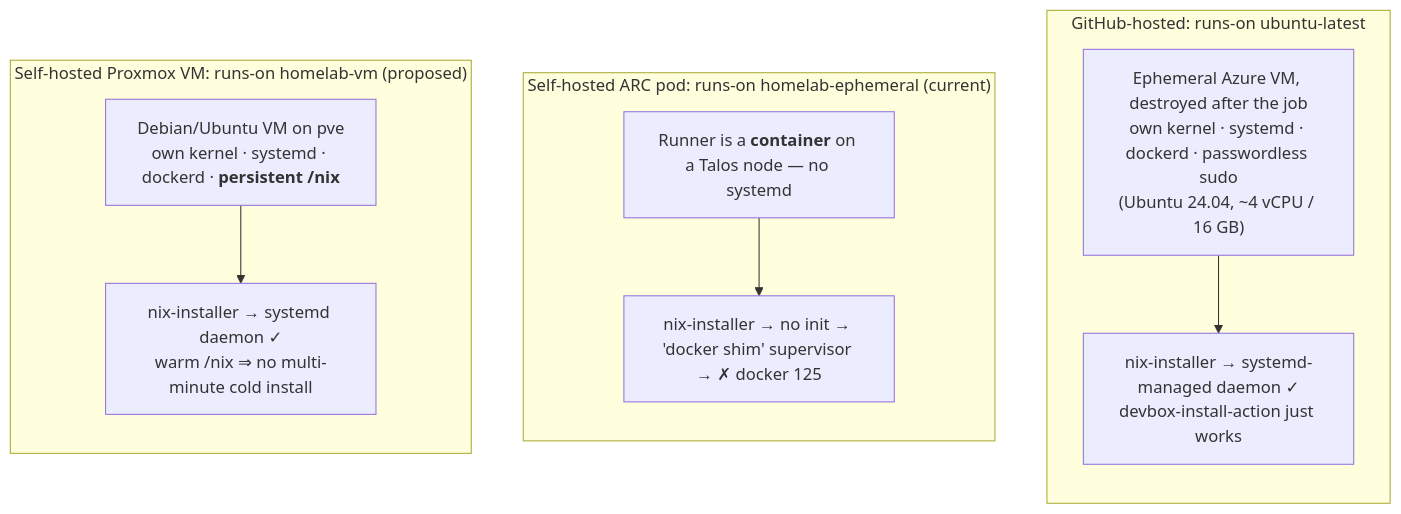
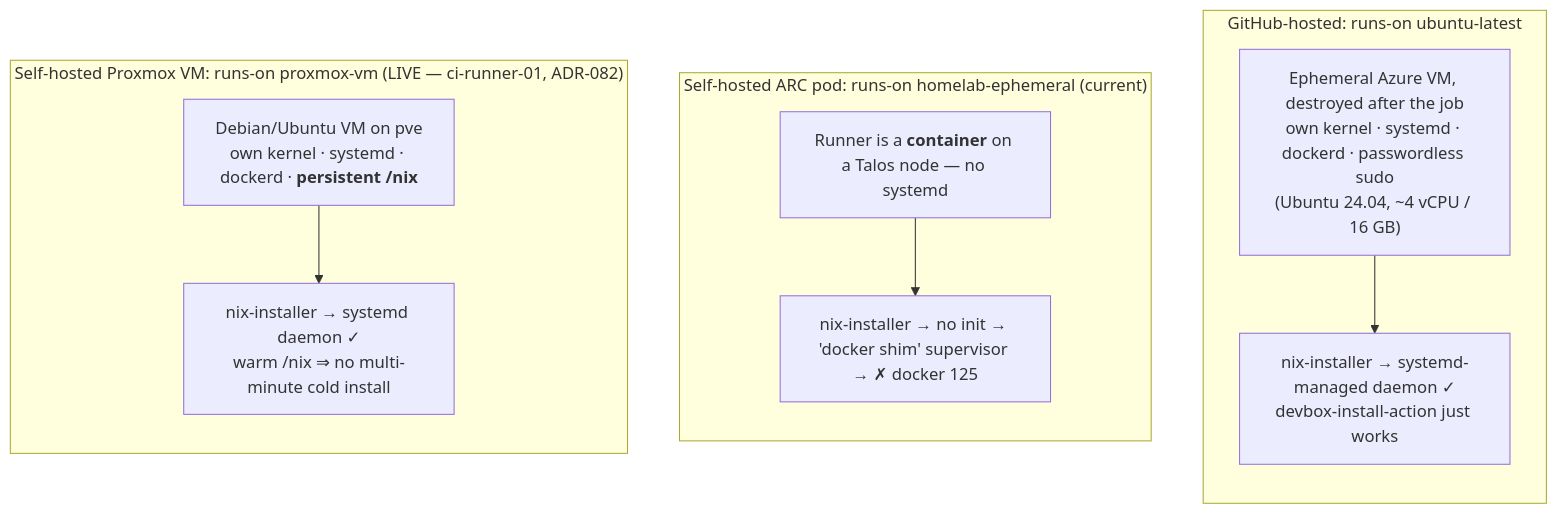
One commit to teststuffstash/homelab changed the first of 2 diagrams in docs/ci.md. Above: the diagram before and after it, drawn with Mermaid. The commit also changed other lines of this file and 38 other files, not shown here.

````diff
--- a/docs/ci.md
+++ b/docs/ci.md
@@ -104,18 +104,18 @@
 ```mermaid
 flowchart TB
   subgraph hosted["GitHub-hosted: runs-on ubuntu-latest"]
     direction TB
     h["Ephemeral Azure VM, destroyed after the job<br/>own kernel · systemd · dockerd · passwordless sudo<br/>(Ubuntu 24.04, ~4 vCPU / 16 GB)"]
     h --> hn["nix-installer → systemd-managed daemon ✓<br/>devbox-install-action just works"]
   end
   subgraph arc["Self-hosted ARC pod: runs-on homelab-ephemeral (current)"]
     direction TB
     a["Runner is a <b>container</b> on a Talos node — no systemd"]
     a --> an["nix-installer → no init → 'docker shim' supervisor → ✗ docker 125"]
   end
-  subgraph pvm["Self-hosted Proxmox VM: runs-on homelab-vm (proposed)"]
+  subgraph pvm["Self-hosted Proxmox VM: runs-on proxmox-vm (LIVE — ci-runner-01, ADR-082)"]
     direction TB
     p["Debian/Ubuntu VM on pve<br/>own kernel · systemd · dockerd · <b>persistent /nix</b>"]
     p --> pn["nix-installer → systemd daemon ✓<br/>warm /nix ⇒ no multi-minute cold install"]
   end
 ```
````
